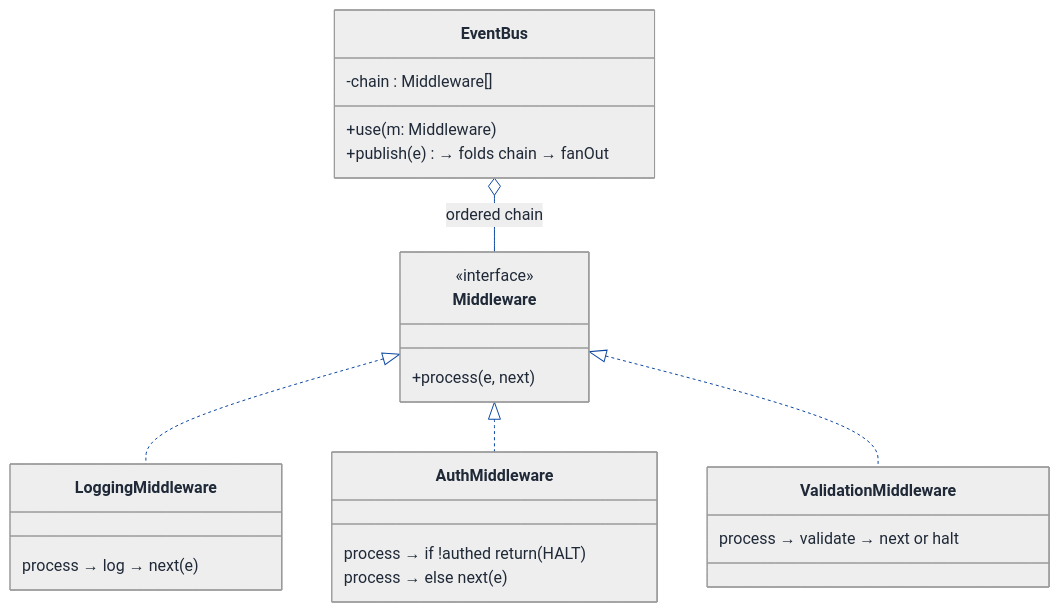
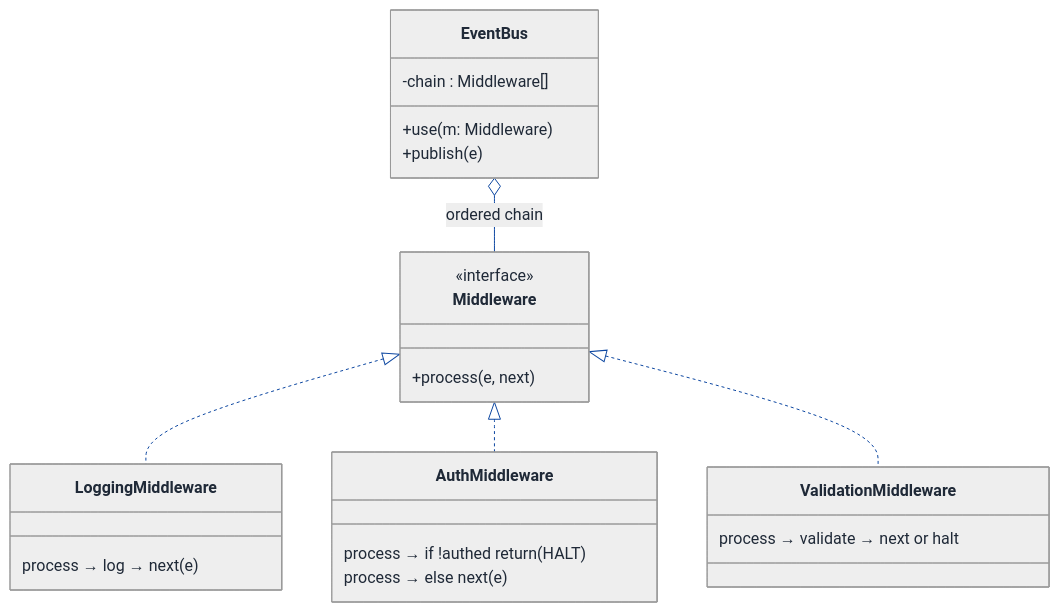
The third of 9 diagrams in LLD/Topics/Observer_Pattern/Event_Driven_Framework.md (Prateek-5/question-bank), drawn with Mermaid before and after one commit. The commit also changed other lines of this file and 61 other files, not shown here.

First line of the commit message:
Fix invalid mermaid classDiagram member syntax across LLD walkthroughs

````diff
--- a/LLD/Topics/Observer_Pattern/Event_Driven_Framework.md
+++ b/LLD/Topics/Observer_Pattern/Event_Driven_Framework.md
@@ -546,59 +546,59 @@
 ```mermaid
 ---
 config:
   theme: neutral
   themeVariables:
     background: '#ffffff'
     primaryColor: '#cfe2ff'
     primaryTextColor: '#1f2937'
     primaryBorderColor: '#084298'
     secondaryColor: '#fff3cd'
     secondaryTextColor: '#1f2937'
     secondaryBorderColor: '#664d03'
     tertiaryColor: '#d1e7dd'
     tertiaryTextColor: '#1f2937'
     tertiaryBorderColor: '#0a3622'
     lineColor: '#0d47a1'
     textColor: '#1f2937'
     noteBkgColor: '#fff3cd'
     noteTextColor: '#1f2937'
     noteBorderColor: '#997404'
     actorBkg: '#cfe2ff'
     actorBorder: '#084298'
     actorTextColor: '#1f2937'
     signalColor: '#0d47a1'
     signalTextColor: '#1f2937'
     labelBoxBkgColor: '#ffffff'
     labelBoxBorderColor: '#d3d3d3'
     labelTextColor: '#1f2937'
     edgeLabelBackground: '#ffffff'
     labelBackground: '#ffffff'
     classText: '#1f2937'
     fontFamily: 'system-ui, -apple-system, Segoe UI, Helvetica, Arial, sans-serif'
 ---
 classDiagram
   direction TB
   class EventBus {
     -chain : Middleware[]
     +use(m: Middleware)
-    +publish(e) → folds chain → fanOut
+    +publish(e)
   }
   class Middleware {
     <<interface>>
     +process(e, next)
   }
   class LoggingMiddleware {
     process → log → next(e)
   }
   class AuthMiddleware {
     process → if !authed return (HALT)
     process → else next(e)
   }
   class ValidationMiddleware {
     process → validate → next or halt
   }
   EventBus o-- Middleware : ordered chain
   Middleware <|.. LoggingMiddleware
   Middleware <|.. AuthMiddleware
   Middleware <|.. ValidationMiddleware
 ```
````
